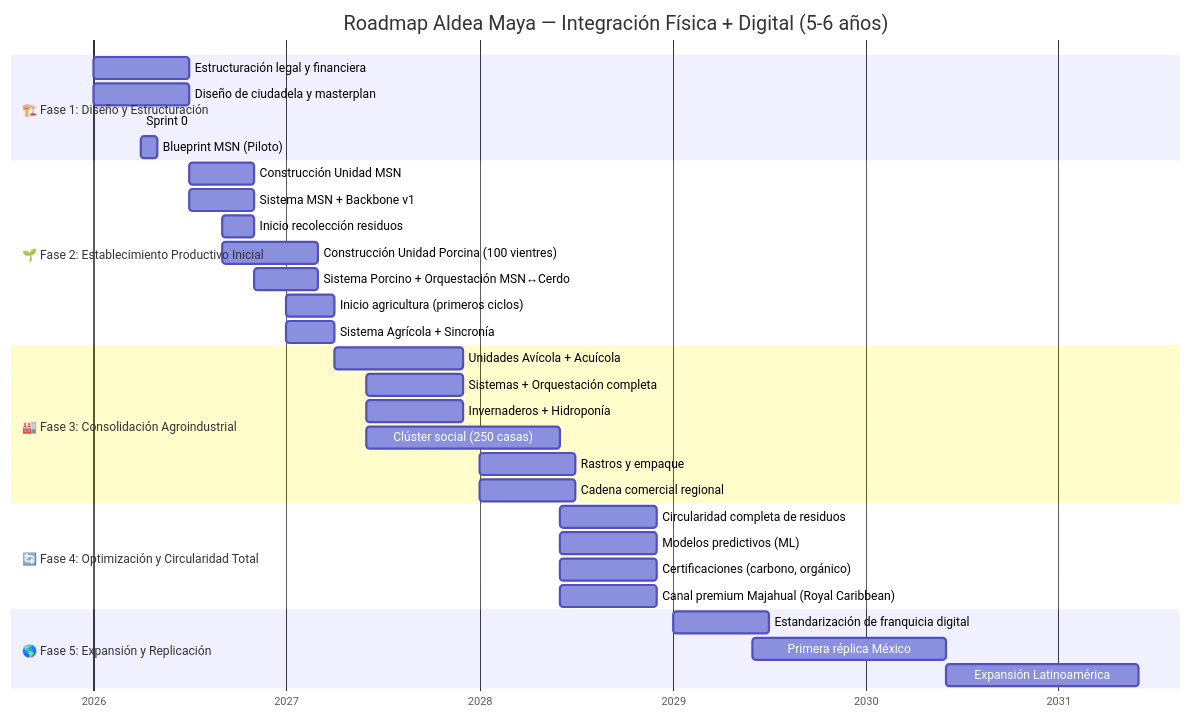
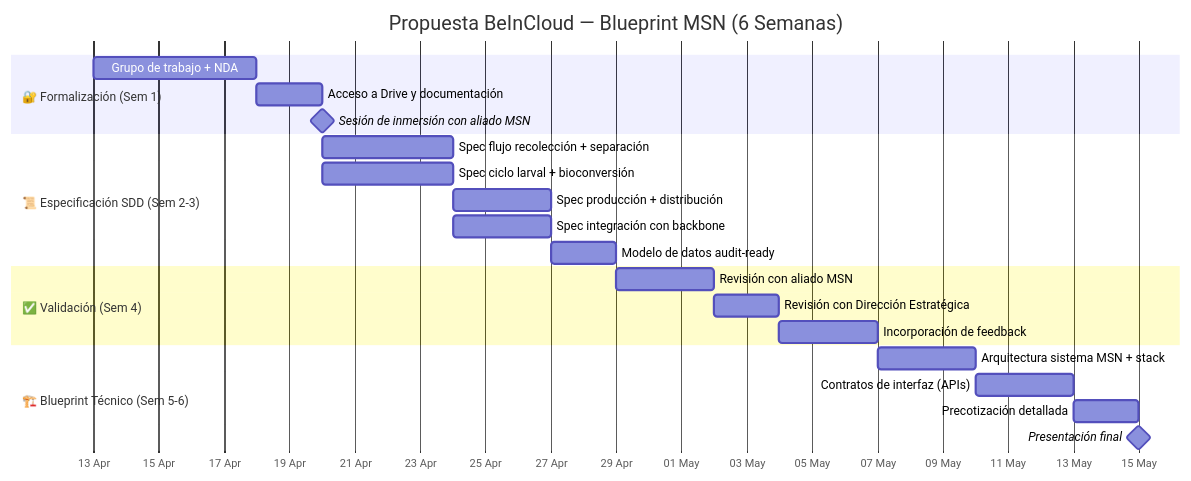
Before and after one commit to gabogosp/Aldea-Maya-Digital-Backbone: the third of 5 diagrams in 05-roadmap-economics.md, drawn with Mermaid. The commit also changed other lines of this file and 6 other files, not shown here.

````diff
--- a/05-roadmap-economics.md
+++ b/05-roadmap-economics.md
@@ -13,40 +85,29 @@
 ```mermaid
 gantt
-    title Roadmap Aldea Maya — Integración Física + Digital (5-6 años)
-    dateFormat  YYYY-MM
-    axisFormat  %Y
+    title Propuesta BeInCloud — Blueprint MSN (6 Semanas)
+    dateFormat  YYYY-MM-DD
+    axisFormat  %d %b
 
-    section 🏗️ Fase 1: Diseño y Estructuración
-    Estructuración legal y financiera       :f1a, 2026-01, 6M
-    Diseño de ciudadela y masterplan        :f1b, 2026-01, 6M
-    Sprint 0: Backbone (Gobernanza + Arq)   :milestone, 2026-04, 0d
-    Blueprint MSN (Piloto)                  :f1c, 2026-04, 1M
+    section 🔐 Formalización (Sem 1)
+    Grupo de trabajo + NDA               :a1, 2026-04-13, 5d
+    Acceso a Drive y documentación       :a2, after a1, 2d
+    Sesión de inmersión con aliado MSN   :milestone, am, after a2, 0d
 
-    section 🌱 Fase 2: Establecimiento Productivo Inicial
-    Construcción Unidad MSN                 :f2a, 2026-07, 4M
-    Sistema MSN + Backbone v1               :f2b, 2026-07, 4M
-    Inicio recolección residuos             :f2c, 2026-09, 2M
-    Construcción Unidad Porcina (100 vientres) :f2d, 2026-09, 6M
-    Sistema Porcino + Orquestación MSN↔Cerdo :f2e, 2026-11, 4M
-    Inicio agricultura (primeros ciclos)    :f2f, 2027-01, 3M
-    Sistema Agrícola + Sincronía            :f2g, 2027-01, 3M
+    section 📜 Especificación SDD (Sem 2-3)
+    Spec flujo recolección + separación  :b1, after a2, 4d
+    Spec ciclo larval + bioconversión    :b2, after a2, 4d
+    Spec producción + distribución       :b3, after b1, 3d
+    Spec integración con backbone        :b4, after b2, 3d
+    Modelo de datos audit-ready          :b5, after b3, 2d
 
-    section 🏭 Fase 3: Consolidación Agroindustrial
-    Unidades Avícola + Acuícola             :f3a, 2027-04, 8M
-    Sistemas + Orquestación completa        :f3b, 2027-06, 6M
-    Invernaderos + Hidroponía               :f3c, 2027-06, 6M
-    Clúster social (250 casas)              :f3d, 2027-06, 12M
-    Rastros y empaque                       :f3e, 2028-01, 6M
-    Cadena comercial regional               :f3f, 2028-01, 6M
+    section ✅ Validación (Sem 4)
+    Revisión con aliado MSN              :c1, after b5, 3d
+    Revisión con Dirección Estratégica   :c2, after c1, 2d
+    Incorporación de feedback            :c3, after c2, 3d
 
-    section 🔄 Fase 4: Optimización y Circularidad Total
-    Circularidad completa de residuos       :f4a, 2028-06, 6M
-    Modelos predictivos (ML)                :f4b, 2028-06, 6M
-    Certificaciones (carbono, orgánico)     :f4c, 2028-06, 6M
-    Canal premium Majahual (Royal Caribbean):f4d, 2028-06, 6M
-
-    section 🌎 Fase 5: Expansión y Replicación
-    Estandarización de franquicia digital   :f5a, 2029-01, 6M
-    Primera réplica México                  :f5b, 2029-06, 12M
-    Expansión Latinoamérica                 :f5c, 2030-06, 12M
+    section 🏗️ Blueprint Técnico (Sem 5-6)
+    Arquitectura sistema MSN + stack     :d1, after c3, 3d
+    Contratos de interfaz (APIs)         :d2, after d1, 3d
+    Precotización detallada              :d3, after d2, 2d
+    Presentación final                   :milestone, dm, after d3, 0d
 ```
````
